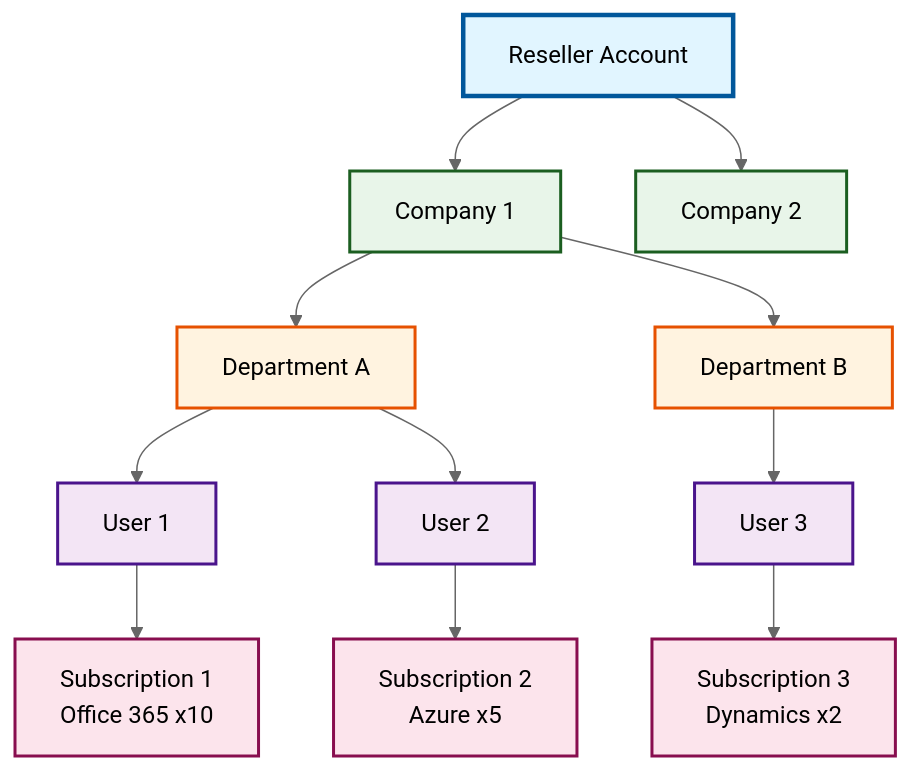
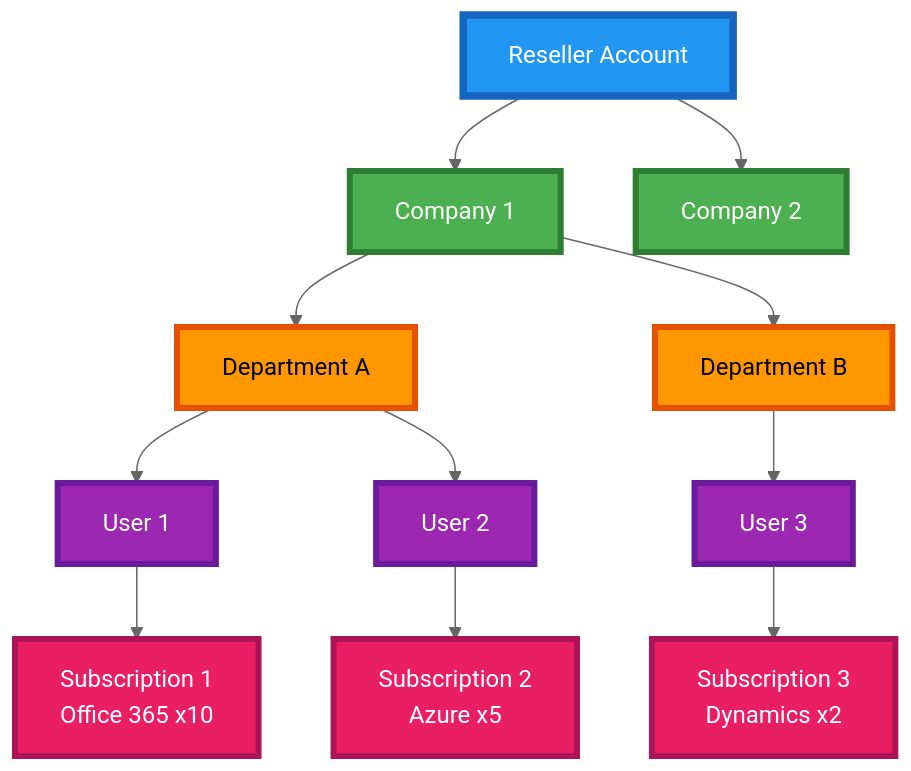
One commit to ZELA2000/Also-TDSynnex-Trend changed the third of 4 diagrams in Also/DOC/README.md. Above: the diagram before and after it, drawn with Mermaid (neutral theme). The commit also changed other lines of this file and 11 other files, not shown here.

Commit message:
style: Update diagram styles across documentation for improved clarity and consistency

````diff
--- a/Also/DOC/README.md
+++ b/Also/DOC/README.md
@@ -258,28 +258,28 @@
 ```mermaid
 graph TD
     Reseller[Reseller Account] --> Company1[Company 1]
     Reseller --> Company2[Company 2]
     
     Company1 --> Dept1[Department A]
     Company1 --> Dept2[Department B]
     
     Dept1 --> User1[User 1]
     Dept1 --> User2[User 2]
     Dept2 --> User3[User 3]
     
     User1 --> Sub1[Subscription 1<br/>Office 365 x10]
     User2 --> Sub2[Subscription 2<br/>Azure x5]
     User3 --> Sub3[Subscription 3<br/>Dynamics x2]
     
-    style Reseller fill:#e1f5ff,stroke:#01579b,stroke-width:3px
-    style Company1 fill:#e8f5e9,stroke:#1b5e20,stroke-width:2px
-    style Company2 fill:#e8f5e9,stroke:#1b5e20,stroke-width:2px
-    style Dept1 fill:#fff3e0,stroke:#e65100,stroke-width:2px
-    style Dept2 fill:#fff3e0,stroke:#e65100,stroke-width:2px
-    style User1 fill:#f3e5f5,stroke:#4a148c,stroke-width:2px
-    style User2 fill:#f3e5f5,stroke:#4a148c,stroke-width:2px
-    style User3 fill:#f3e5f5,stroke:#4a148c,stroke-width:2px
-    style Sub1 fill:#fce4ec,stroke:#880e4f,stroke-width:2px
-    style Sub2 fill:#fce4ec,stroke:#880e4f,stroke-width:2px
-    style Sub3 fill:#fce4ec,stroke:#880e4f,stroke-width:2px
+    style Reseller fill:#2196F3,stroke:#1565C0,stroke-width:5px,color:#fff
+    style Company1 fill:#4CAF50,stroke:#2E7D32,stroke-width:4px,color:#fff
+    style Company2 fill:#4CAF50,stroke:#2E7D32,stroke-width:4px,color:#fff
+    style Dept1 fill:#FF9800,stroke:#E65100,stroke-width:4px,color:#000
+    style Dept2 fill:#FF9800,stroke:#E65100,stroke-width:4px,color:#000
+    style User1 fill:#9C27B0,stroke:#6A1B9A,stroke-width:4px,color:#fff
+    style User2 fill:#9C27B0,stroke:#6A1B9A,stroke-width:4px,color:#fff
+    style User3 fill:#9C27B0,stroke:#6A1B9A,stroke-width:4px,color:#fff
+    style Sub1 fill:#E91E63,stroke:#AD1457,stroke-width:4px,color:#fff
+    style Sub2 fill:#E91E63,stroke:#AD1457,stroke-width:4px,color:#fff
+    style Sub3 fill:#E91E63,stroke:#AD1457,stroke-width:4px,color:#fff
 ```
````
